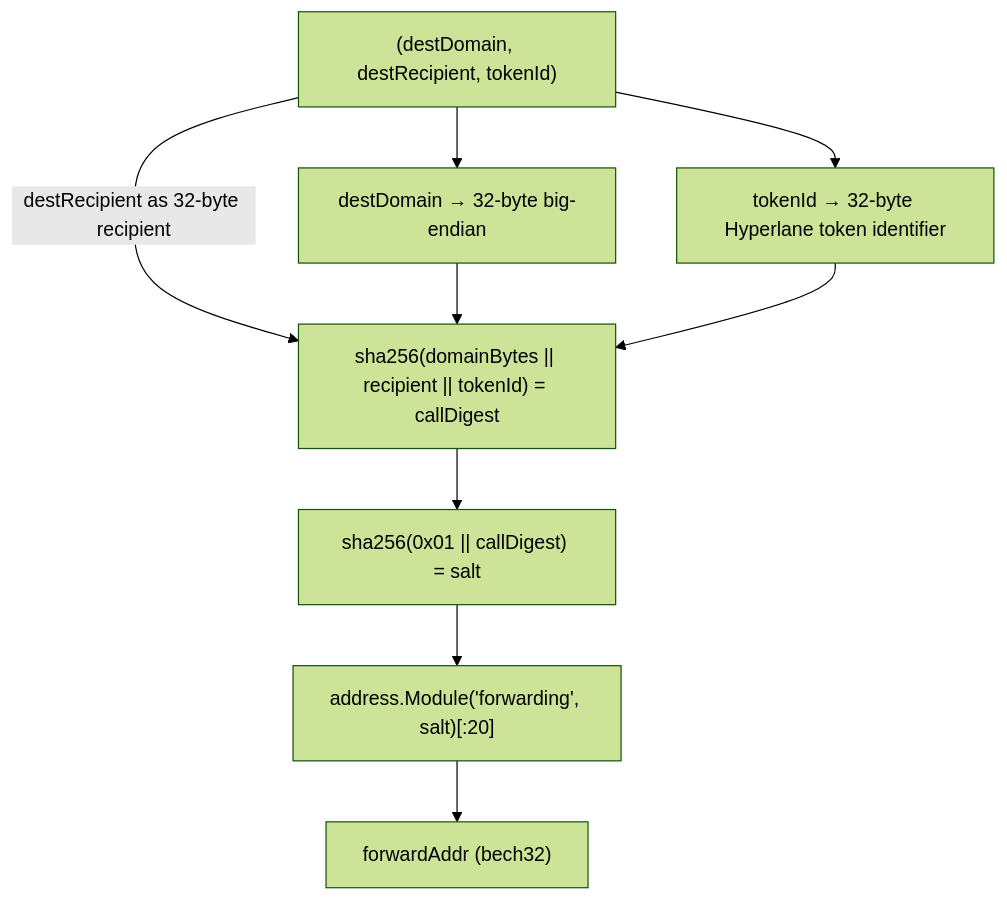
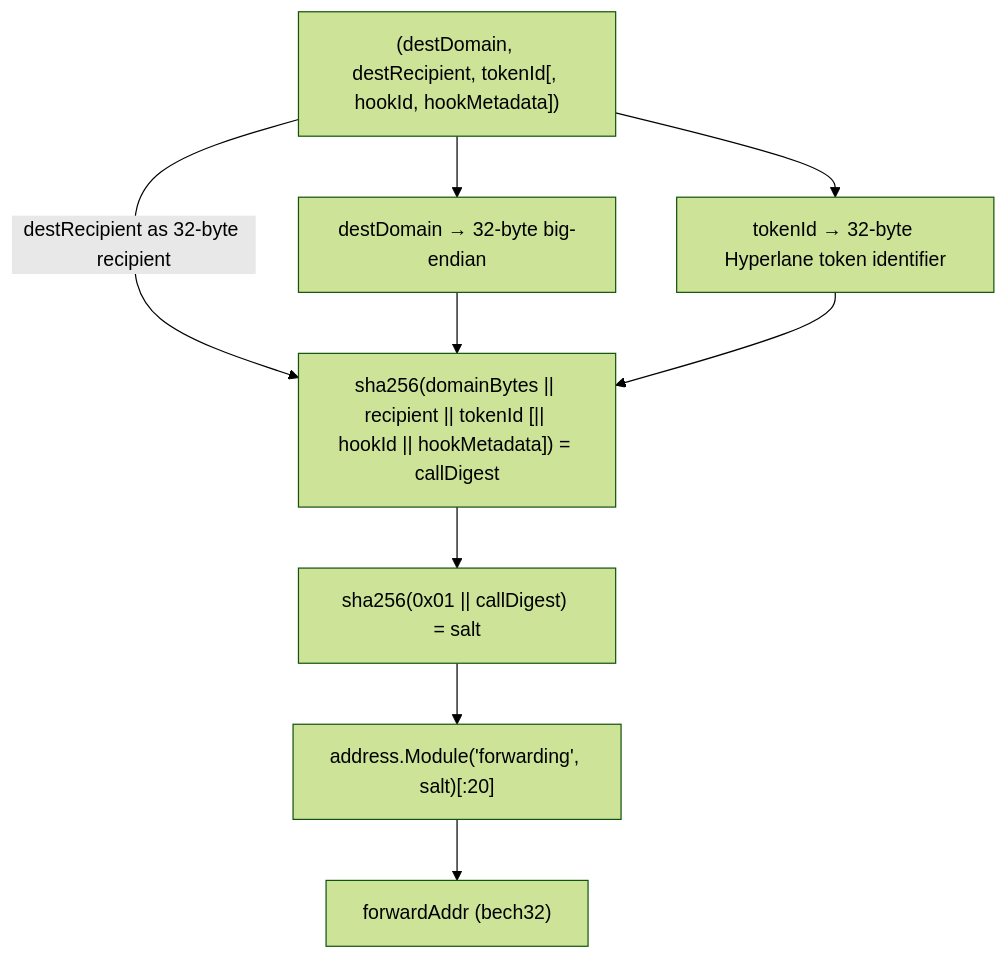
One commit to celestiaorg/celestia-app changed the first of 2 diagrams in x/forwarding/AGENTS.md. Above: the diagram before and after it, drawn with Mermaid (forest theme). The commit also changed other lines of this file and 1 other file, not shown here.

Commit message:
docs: review full diff in follow-up rounds; show hook-bound derivation

````diff
--- a/x/forwarding/AGENTS.md
+++ b/x/forwarding/AGENTS.md
@@ -19,11 +19,11 @@
 ```mermaid
 flowchart TD
-    A["(destDomain, destRecipient, tokenId)"] --> B["destDomain → 32-byte big-endian"]
+    A["(destDomain, destRecipient, tokenId[, hookId, hookMetadata])"] --> B["destDomain → 32-byte big-endian"]
     A --> C["tokenId → 32-byte Hyperlane token identifier"]
-    A -->|destRecipient as 32-byte recipient| D["sha256(domainBytes || recipient || tokenId) = callDigest"]
-    B --> D["sha256(domainBytes || recipient || tokenId) = callDigest"]
+    A -->|destRecipient as 32-byte recipient| D["sha256(domainBytes || recipient || tokenId [|| hookId || hookMetadata]) = callDigest"]
+    B --> D["sha256(domainBytes || recipient || tokenId [|| hookId || hookMetadata]) = callDigest"]
     C --> D
     D --> E["sha256(0x01 || callDigest) = salt"]
     E --> F["address.Module('forwarding', salt)[:20]"]
     F --> G["forwardAddr (bech32)"]
 ```
````
